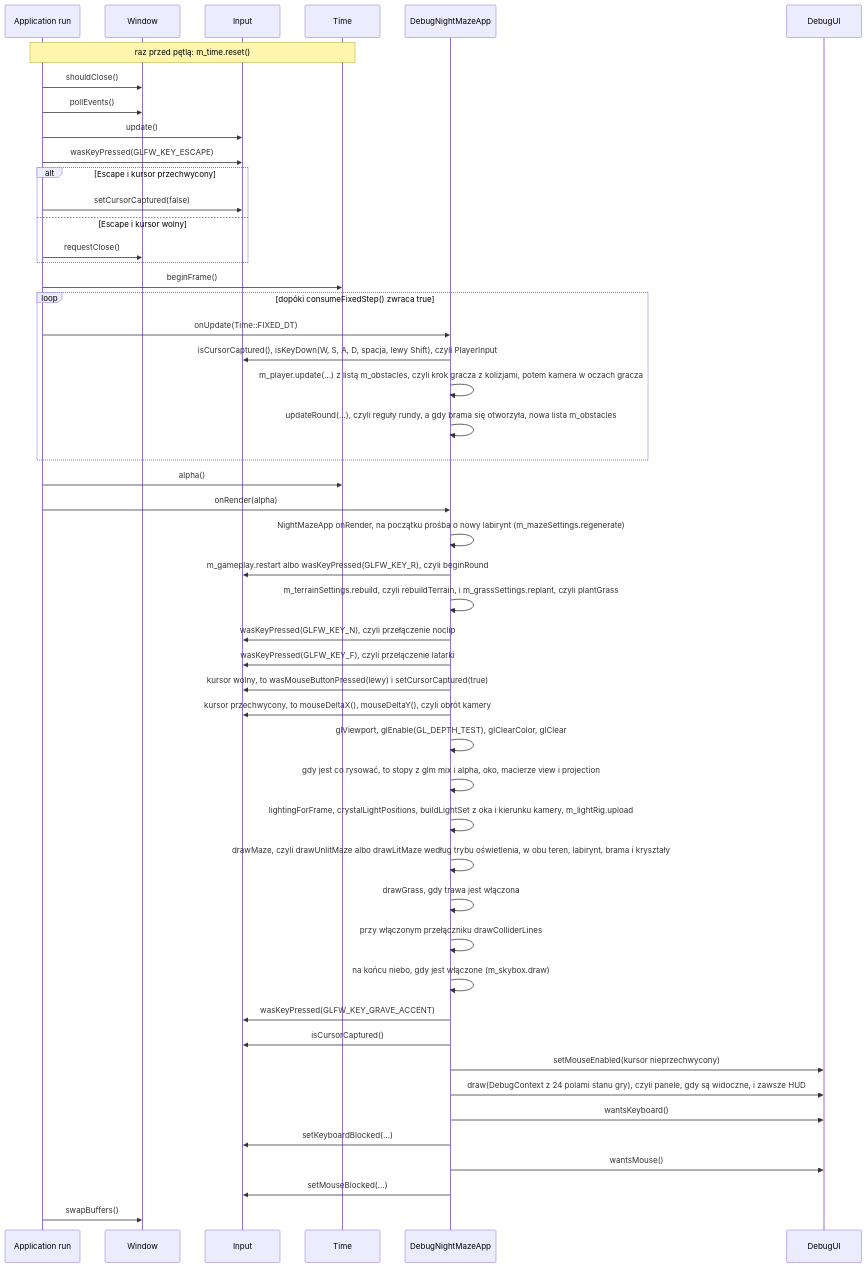
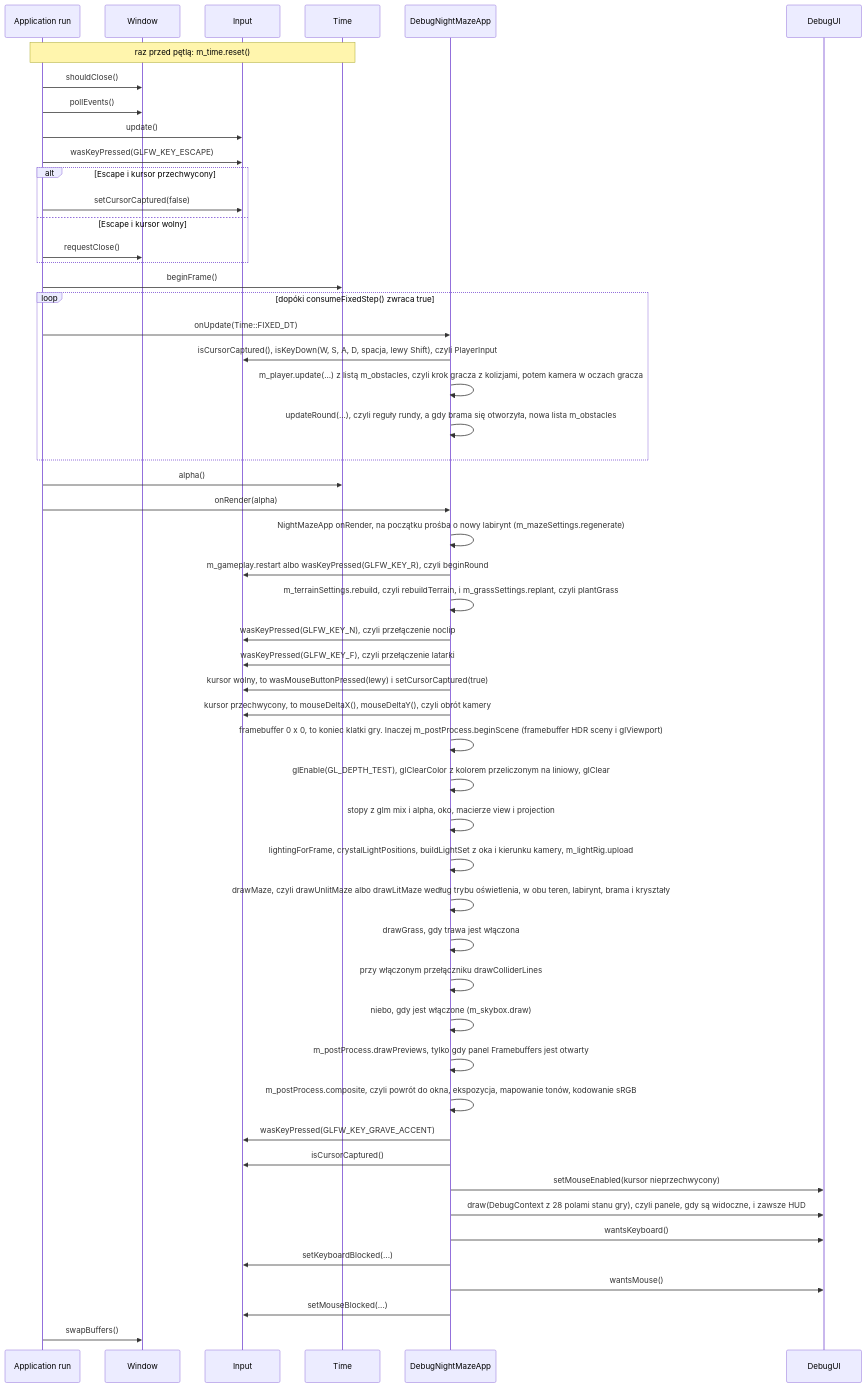
The second of 3 diagrams in docs/modules/core/README.md (Shironex/night-maze), drawn with Mermaid before and after one commit. The commit also changed other lines of this file and 96 other files, not shown here.

Commit message:
feat(game): render the scene to an hdr buffer with tone mapping and gamma

````diff
--- a/docs/modules/core/README.md
+++ b/docs/modules/core/README.md
@@ -83,51 +83,54 @@
 ```mermaid
 sequenceDiagram
     participant Run as Application run
     participant Win as Window
     participant In as Input
     participant T as Time
     participant App as DebugNightMazeApp
     participant UI as DebugUI
     Note over Run,T: raz przed pętlą: m_time.reset()
     Run->>Win: shouldClose()
     Run->>Win: pollEvents()
     Run->>In: update()
     Run->>In: wasKeyPressed(GLFW_KEY_ESCAPE)
     alt Escape i kursor przechwycony
         Run->>In: setCursorCaptured(false)
     else Escape i kursor wolny
         Run->>Win: requestClose()
     end
     Run->>T: beginFrame()
     loop dopóki consumeFixedStep() zwraca true
         Run->>App: onUpdate(Time::FIXED_DT)
         App->>In: isCursorCaptured(), isKeyDown(W, S, A, D, spacja, lewy Shift), czyli PlayerInput
         App->>App: m_player.update(...) z listą m_obstacles, czyli krok gracza z kolizjami, potem kamera w oczach gracza
         App->>App: updateRound(...), czyli reguły rundy, a gdy brama się otworzyła, nowa lista m_obstacles
     end
     Run->>T: alpha()
     Run->>App: onRender(alpha)
     App->>App: NightMazeApp onRender, na początku prośba o nowy labirynt (m_mazeSettings.regenerate)
     App->>In: m_gameplay.restart albo wasKeyPressed(GLFW_KEY_R), czyli beginRound
     App->>App: m_terrainSettings.rebuild, czyli rebuildTerrain, i m_grassSettings.replant, czyli plantGrass
     App->>In: wasKeyPressed(GLFW_KEY_N), czyli przełączenie noclip
     App->>In: wasKeyPressed(GLFW_KEY_F), czyli przełączenie latarki
     App->>In: kursor wolny, to wasMouseButtonPressed(lewy) i setCursorCaptured(true)
     App->>In: kursor przechwycony, to mouseDeltaX(), mouseDeltaY(), czyli obrót kamery
-    App->>App: glViewport, glEnable(GL_DEPTH_TEST), glClearColor, glClear
-    App->>App: gdy jest co rysować, to stopy z glm mix i alpha, oko, macierze view i projection
+    App->>App: framebuffer 0 x 0, to koniec klatki gry. Inaczej m_postProcess.beginScene (framebuffer HDR sceny i glViewport)
+    App->>App: glEnable(GL_DEPTH_TEST), glClearColor z kolorem przeliczonym na liniowy, glClear
+    App->>App: stopy z glm mix i alpha, oko, macierze view i projection
     App->>App: lightingForFrame, crystalLightPositions, buildLightSet z oka i kierunku kamery, m_lightRig.upload
     App->>App: drawMaze, czyli drawUnlitMaze albo drawLitMaze według trybu oświetlenia, w obu teren, labirynt, brama i kryształy
     App->>App: drawGrass, gdy trawa jest włączona
     App->>App: przy włączonym przełączniku drawColliderLines
-    App->>App: na końcu niebo, gdy jest włączone (m_skybox.draw)
+    App->>App: niebo, gdy jest włączone (m_skybox.draw)
+    App->>App: m_postProcess.drawPreviews, tylko gdy panel Framebuffers jest otwarty
+    App->>App: m_postProcess.composite, czyli powrót do okna, ekspozycja, mapowanie tonów, kodowanie sRGB
     App->>In: wasKeyPressed(GLFW_KEY_GRAVE_ACCENT)
     App->>In: isCursorCaptured()
     App->>UI: setMouseEnabled(kursor nieprzechwycony)
-    App->>UI: draw(DebugContext z 24 polami stanu gry), czyli panele, gdy są widoczne, i zawsze HUD
+    App->>UI: draw(DebugContext z 28 polami stanu gry), czyli panele, gdy są widoczne, i zawsze HUD
     App->>UI: wantsKeyboard()
     App->>In: setKeyboardBlocked(...)
     App->>UI: wantsMouse()
     App->>In: setMouseBlocked(...)
     Run->>Win: swapBuffers()
 ```
````
